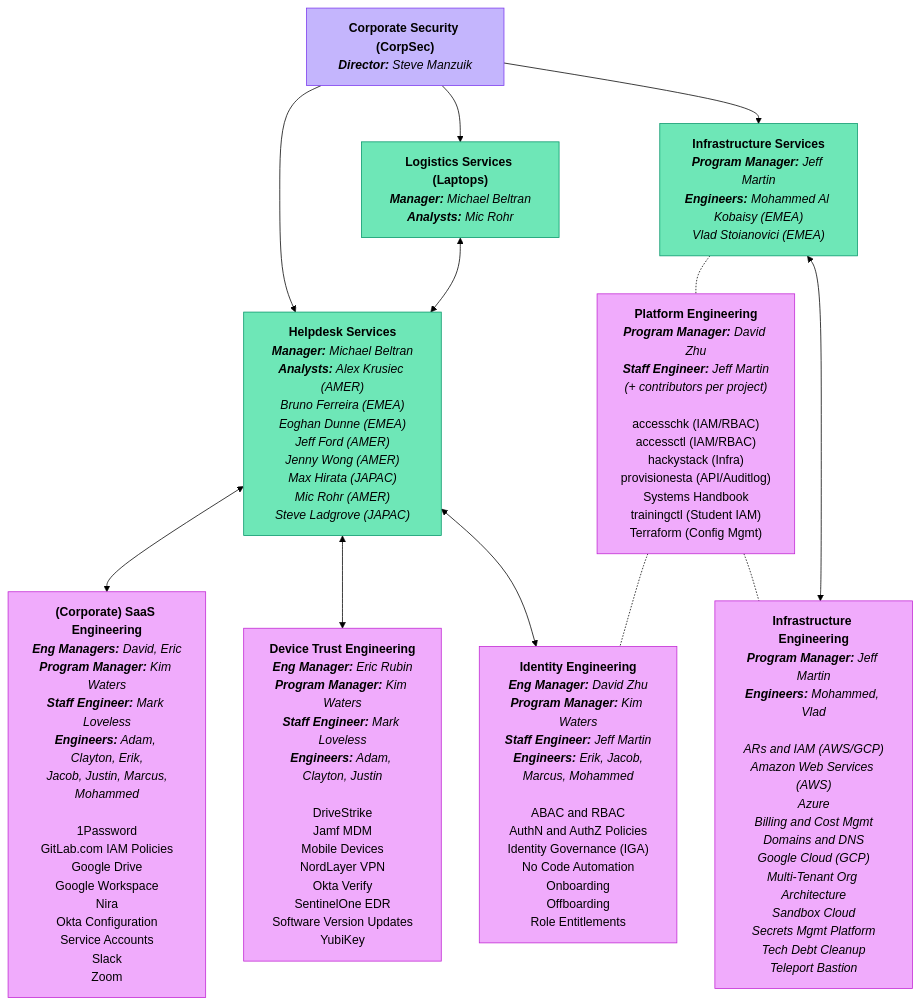
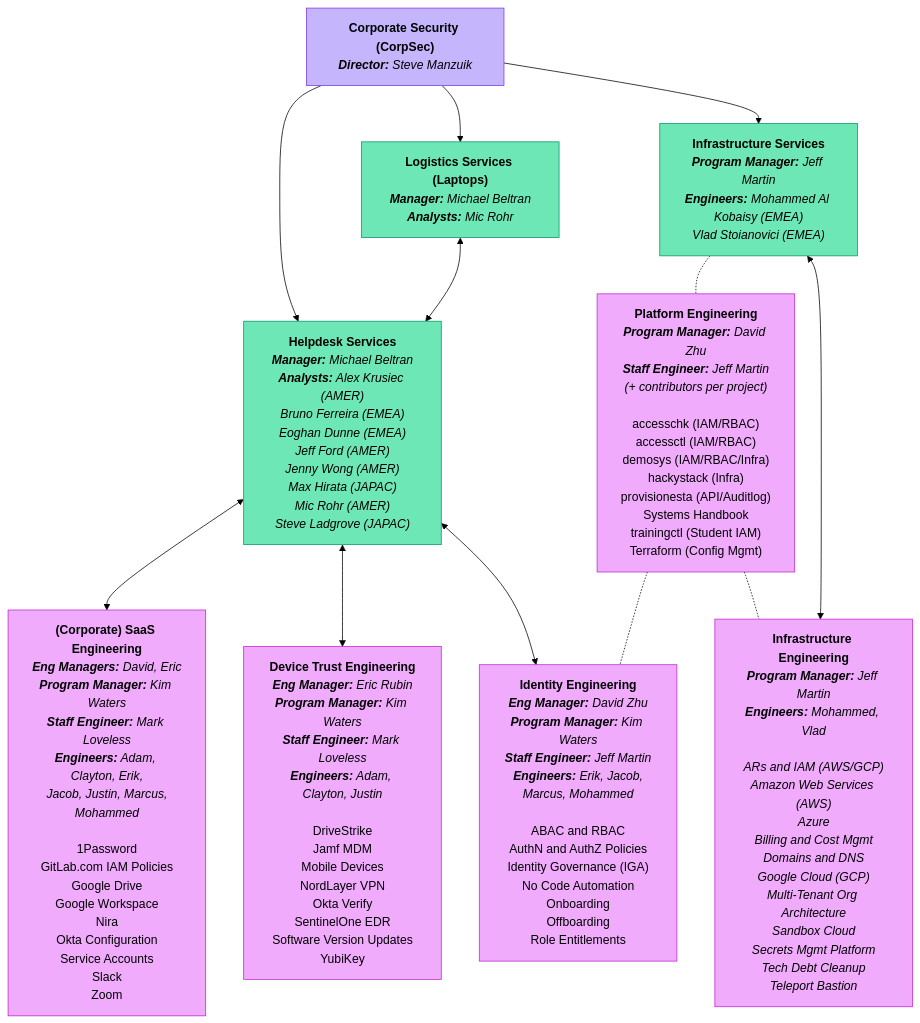
Before and after one commit to moliver28/research-handbook: the diagram in content/handbook/security/corporate/_index.md, drawn with Mermaid (forest theme).

Commit message:
Fix diagram detail on /handbook/security/corporate

````diff
--- a/content/handbook/security/corporate/_index.md
+++ b/content/handbook/security/corporate/_index.md
@@ -92,44 +92,44 @@
 ```mermaid
 graph TB
 
 CORPSEC_SVC["<b>Corporate Security (CorpSec)</b><br><i><b>Director:</b> Steve Manzuik</i>"]:::violet
 
 CORPSEC_SVC_HELPDESK["<b>Helpdesk Services</b><br><i><b>Manager:</b> Michael Beltran</i><br><i><b>Analysts:</b> Alex Krusiec (AMER)<br>Bruno Ferreira (EMEA)<br>Eoghan Dunne (EMEA)<br>Jeff Ford (AMER)<br>Jenny Wong (AMER)<br>Max Hirata (JAPAC)<br>Mic Rohr (AMER)<br>Steve Ladgrove (JAPAC)"]:::emerald
 CORPSEC_SVC_LOGISTICS["<b>Logistics Services (Laptops)</b><br><i><b>Manager:</b> Michael Beltran</i><br><i><b>Analysts:</b> Mic Rohr</i>"]:::emerald
 CORPSEC_SVC_INFRA["<b>Infrastructure Services</b><br><i><b>Program Manager:</b> Jeff Martin</i><br><i><b>Engineers:</b> Mohammed Al Kobaisy (EMEA)<br>Vlad Stoianovici (EMEA)"]:::emerald
 
 CORPSEC_ENG_SAAS["<b>(Corporate) SaaS Engineering</b><br><i><b>Eng Managers:</b> David, Eric</i><br><i><b>Program Manager:</b> Kim Waters</i><br><i><b>Staff Engineer:</b> Mark Loveless</i><br><i><b>Engineers:</b> Adam, Clayton, Erik,<br> Jacob, Justin, Marcus, Mohammed</i><br><br>1Password<br>GitLab.com IAM Policies<br>Google Drive<br>Google Workspace<br>Nira<br>Okta Configuration<br>Service Accounts<br>Slack<br>Zoom"]:::fuchsia
 CORPSEC_ENG_DEVICE["<b>Device Trust Engineering</b><br><i><b>Eng Manager:</b> Eric Rubin</i><br><i><b>Program Manager:</b> Kim Waters</i><br><i><b>Staff Engineer:</b> Mark Loveless</i><br><i><b>Engineers:</b> Adam, Clayton, Justin</i><br><br>DriveStrike<br>Jamf MDM<br>Mobile Devices<br>NordLayer VPN<br>Okta Verify<br>SentinelOne EDR<br>Software Version Updates<br>YubiKey"]:::fuchsia
 CORPSEC_ENG_IDENTITY["<b>Identity Engineering</b><br><i><b>Eng Manager:</b> David Zhu</i><br><i><b>Program Manager:</b> Kim Waters</i><br><i><b>Staff Engineer:</b> Jeff Martin</i><br><i><b>Engineers:</b> Erik, Jacob,<br>Marcus, Mohammed</i><br><br>ABAC and RBAC<br>AuthN and AuthZ Policies<br>Identity Governance (IGA)<br>No Code Automation<br>Onboarding<br>Offboarding<br>Role Entitlements"]:::fuchsia
 CORPSEC_ENG_INFRA["<b>Infrastructure Engineering</b><br><i><b>Program Manager:</b> Jeff Martin</i><br><i><b>Engineers:</b> Mohammed, Vlad<br><br>ARs and IAM (AWS/GCP)<br>Amazon Web Services (AWS)<br>Azure<br>Billing and Cost Mgmt<br>Domains and DNS<br>Google Cloud (GCP)<br>Multi-Tenant Org Architecture<br>Sandbox Cloud<br>Secrets Mgmt Platform<br>Tech Debt Cleanup<br>Teleport Bastion"]:::fuchsia
-CORPSEC_ENG_PLATFORM["<b>Platform Engineering</b><br><i><b>Program Manager:</b> David Zhu</i><br><i><b>Staff Engineer:</b> Jeff Martin</i><br><i>(+ contributors per project)</i><br><br>accesschk (IAM/RBAC)<br>accessctl (IAM/RBAC)<br>hackystack (Infra)<br>provisionesta (API/Auditlog)<br>Systems Handbook<br>trainingctl (Student IAM)<br>Terraform (Config Mgmt)"]:::fuchsia
+CORPSEC_ENG_PLATFORM["<b>Platform Engineering</b><br><i><b>Program Manager:</b> David Zhu</i><br><i><b>Staff Engineer:</b> Jeff Martin</i><br><i>(+ contributors per project)</i><br><br>accesschk (IAM/RBAC)<br>accessctl (IAM/RBAC)<br>demosys (IAM/RBAC/Infra)<br>hackystack (Infra)<br>provisionesta (API/Auditlog)<br>Systems Handbook<br>trainingctl (Student IAM)<br>Terraform (Config Mgmt)"]:::fuchsia
 
 CORPSEC_SVC --> CORPSEC_SVC_HELPDESK
 CORPSEC_SVC --> CORPSEC_SVC_LOGISTICS
 CORPSEC_SVC --> CORPSEC_SVC_INFRA
 CORPSEC_SVC_HELPDESK <--> CORPSEC_ENG_SAAS
 CORPSEC_SVC_HELPDESK <--> CORPSEC_ENG_DEVICE
 CORPSEC_SVC_HELPDESK <--> CORPSEC_ENG_IDENTITY
 CORPSEC_SVC_LOGISTICS <--> CORPSEC_SVC_HELPDESK
 %% CORPSEC_ENG -.- CORPSEC_ENG_SAAS
 %% CORPSEC_ENG -.- CORPSEC_ENG_DEVICE
 %% CORPSEC_ENG -.- CORPSEC_ENG_IDENTITY
 %% CORPSEC_ENG -.- CORPSEC_ENG_INFRA
 %% CORPSEC_ENG -.- CORPSEC_ENG_PLATFORM
 CORPSEC_SVC_INFRA -.- CORPSEC_ENG_PLATFORM
 CORPSEC_ENG_PLATFORM -.- CORPSEC_ENG_IDENTITY
 CORPSEC_ENG_PLATFORM -.- CORPSEC_ENG_INFRA
 CORPSEC_SVC_INFRA <--> CORPSEC_ENG_INFRA
 %% CORPSEC_ENG_IDENTITY -.- CORPSEC_ENG_PLATFORM
 %% CORPSEC_ENG_INFRA -.- CORPSEC_ENG_PLATFORM
 
 classDef slate fill:#cbd5e1,stroke:#475569,stroke-width:1px;
 classDef red fill:#fca5a5,stroke:#dc2626,stroke-width:1px;
 classDef orange fill:#fdba74,stroke:#ea580c,stroke-width:1px;
 classDef yellow fill:#fcd34d,stroke:#ca8a04,stroke-width:1px;
 classDef emerald fill:#6ee7b7,stroke:#059669,stroke-width:1px;
 classDef cyan fill:#67e8f9,stroke:#0891b2,stroke-width:1px;
 classDef sky fill:#7dd3fc,stroke:#0284c7,stroke-width:1px;
 classDef violet fill:#c4b5fd,stroke:#7c3aed,stroke-width:1px;
 classDef fuchsia fill:#f0abfc,stroke:#c026d3,stroke-width:1px;
 ```
````
